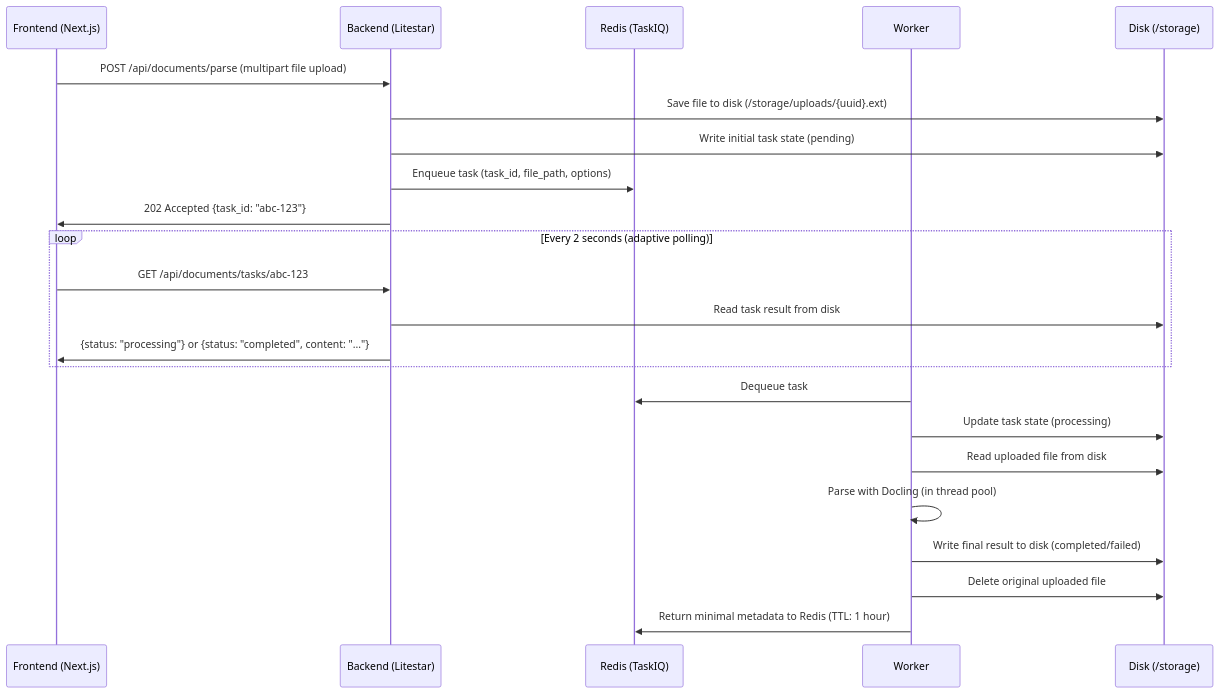
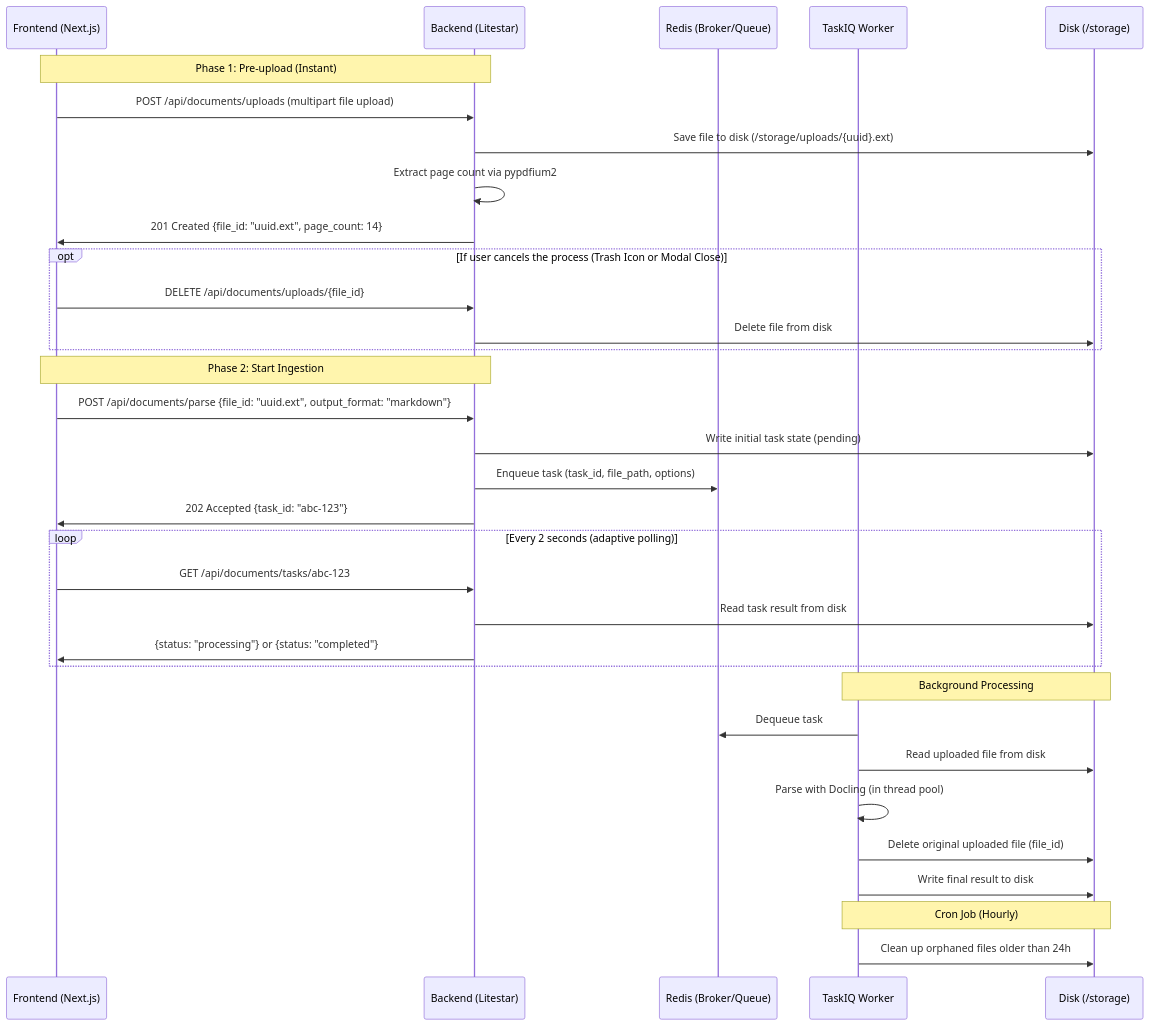
The diagram in README.md (think-bro/rag-ingestion-pipeline), drawn with Mermaid before and after one commit. The commit also changed 11 other files, not shown here.

Commit message:
refactor(document_parsing): Split upload and parse into a two-step async flow

````diff
--- a/README.md
+++ b/README.md
@@ -16,28 +16,41 @@
 ```mermaid
 sequenceDiagram
     participant F as Frontend (Next.js)
     participant B as Backend (Litestar)
-    participant R as Redis (TaskIQ)
-    participant W as Worker
+    participant R as Redis (Broker/Queue)
+    participant W as TaskIQ Worker
     participant D as Disk (/storage)
 
-    F->>B: POST /api/documents/parse (multipart file upload)
+    Note over F,B: Phase 1: Pre-upload (Instant)
+    F->>B: POST /api/documents/uploads (multipart file upload)
     B->>D: Save file to disk (/storage/uploads/{uuid}.ext)
+    B->>B: Extract page count via pypdfium2
+    B->>F: 201 Created {file_id: "uuid.ext", page_count: 14}
+    
+    opt If user cancels the process (Trash Icon or Modal Close)
+        F->>B: DELETE /api/documents/uploads/{file_id}
+        B->>D: Delete file from disk
+    end
+
+    Note over F,B: Phase 2: Start Ingestion
+    F->>B: POST /api/documents/parse {file_id: "uuid.ext", output_format: "markdown"}
     B->>D: Write initial task state (pending)
     B->>R: Enqueue task (task_id, file_path, options)
     B->>F: 202 Accepted {task_id: "abc-123"}
 
     loop Every 2 seconds (adaptive polling)
         F->>B: GET /api/documents/tasks/abc-123
         B->>D: Read task result from disk
-        B->>F: {status: "processing"} or {status: "completed", content: "..."}
+        B->>F: {status: "processing"} or {status: "completed"}
     end
 
+    Note over W,D: Background Processing
     W->>R: Dequeue task
-    W->>D: Update task state (processing)
     W->>D: Read uploaded file from disk
     W->>W: Parse with Docling (in thread pool)
-    W->>D: Write final result to disk (completed/failed)
-    W->>D: Delete original uploaded file
-    W->>R: Return minimal metadata to Redis (TTL: 1 hour)
+    W->>D: Delete original uploaded file (file_id)
+    W->>D: Write final result to disk
+    
+    Note over W,D: Cron Job (Hourly)
+    W->>D: Clean up orphaned files older than 24h
 ```
````
